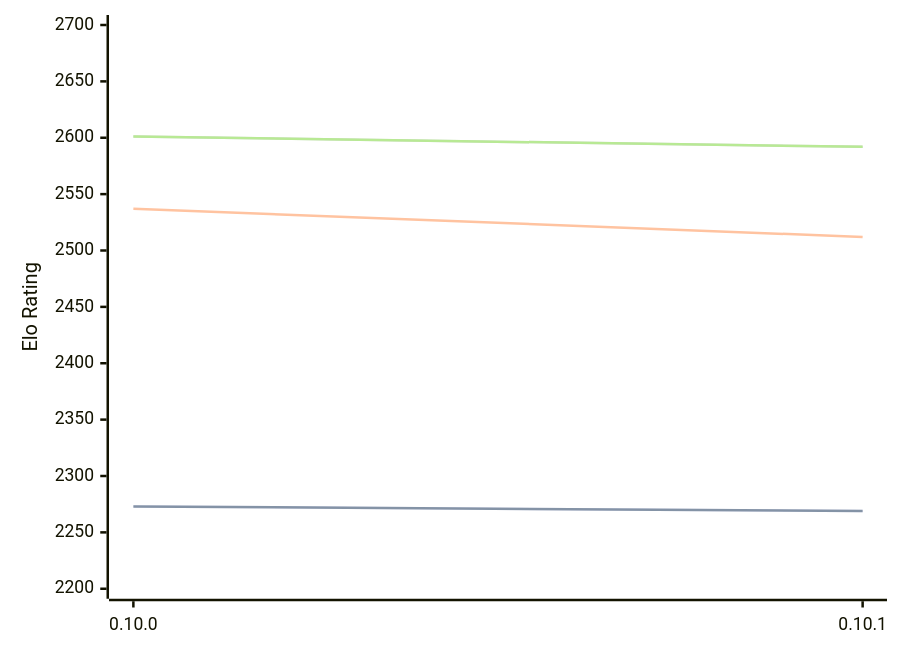
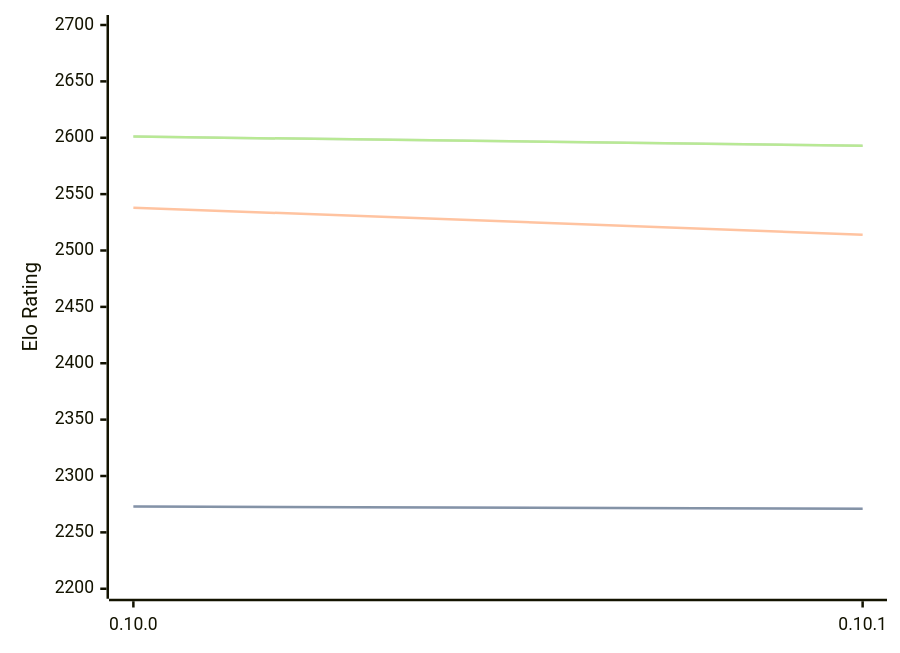
One commit to computer-chess-index/cci changed the diagram in engines/Fatalii.md. Above: the diagram before and after it, drawn with Mermaid. The commit also changed other lines of this file, not shown here.

Commit message:
Update CCI Ratings (ELO VLTC) - 2026-08-26

````diff
--- a/engines/Fatalii.md
+++ b/engines/Fatalii.md
@@ -32,11 +32,11 @@
 ```mermaid
 %%{init: {"theme":"base","themeVariables":{"seriesColors:['#a3a3a3','#222221','#faa371']}}}%%
 xychart-beta
   x-axis ["0.10.0", "0.10.1"]
   y-axis "Elo Rating" 2200 --> 2700
-  line "STC (8.0+0.08s)" [2273, 2269]
-  line "STC (8.0+0.08s)" [2273, 2269]
-  line "LTC (60.0+0.60s)" [2537, 2512]
-  line "VLTC (2m24s+1.12s)" [2601, 2592]
-  line "VLTC (2m24s+1.12s)" [2601, 2592]
+  line "STC (8.0+0.08s)" [2273, 2271]
+  line "STC (8.0+0.08s)" [2273, 2271]
+  line "LTC (60.0+0.60s)" [2538, 2514]
+  line "VLTC (2m24s+1.12s)" [2601, 2593]
+  line "VLTC (2m24s+1.12s)" [2601, 2593]
 ```
````
